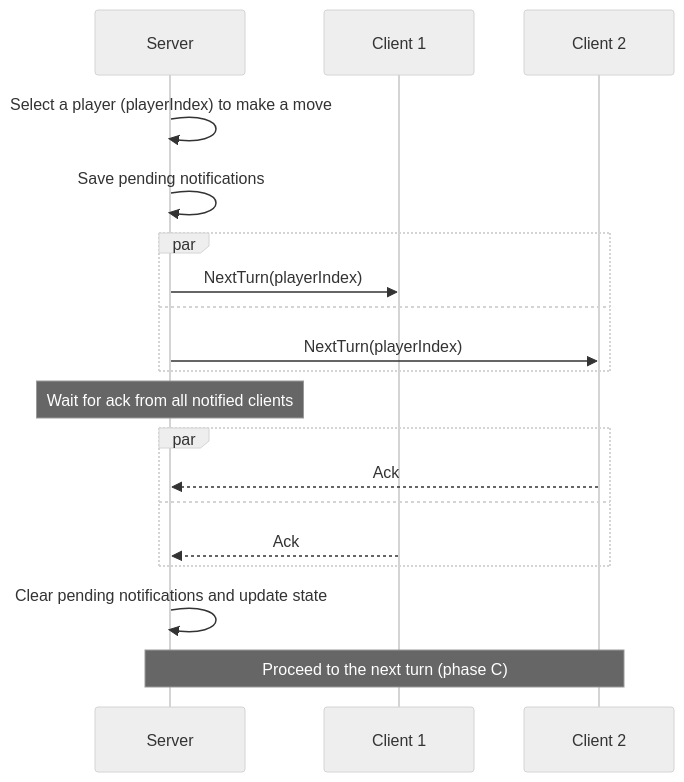
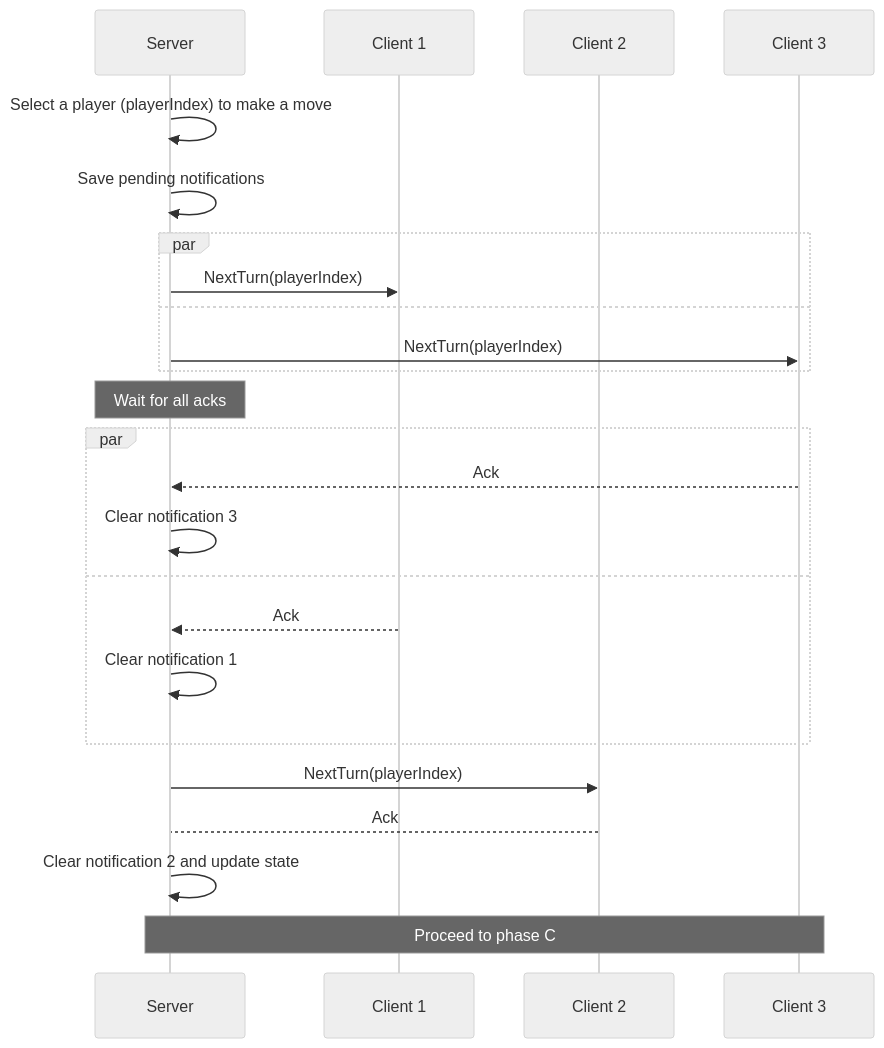
Before and after one commit to roman-zubarevich/another: the third of 15 diagrams in README.md, drawn with Mermaid (neutral theme). The commit also changed other lines of this file, not shown here.

````diff
--- a/README.md
+++ b/README.md
@@ -67,21 +74,26 @@
 ```mermaid
 sequenceDiagram
     participant S as Server
     participant C1 as Client 1
     participant C2 as Client 2
+    participant C3 as Client 3
     S->>S: Select a player (playerIndex) to make a move
     S->>S: Save pending notifications
     par
         S->>C1: NextTurn(playerIndex)
     and
-        S->>C2: NextTurn(playerIndex)
+        S->>C3: NextTurn(playerIndex)
     end
-    Note over S: Wait for ack from all notified clients
+    Note over S: Wait for all acks
     par
-        C2-->>S: Ack
+        C3-->>S: Ack
+        S->>S: Clear notification 3
     and
         C1-->>S: Ack
+        S->>S: Clear notification 1
     end
-    S->>S: Clear pending notifications and update state
-    Note over S,C2: Proceed to the next turn (phase C)
+    S->>C2: NextTurn(playerIndex)
+    C2-->S: Ack
+    S->>S: Clear notification 2 and update state
+    Note over S,C3: Proceed to phase C
 ```
````
